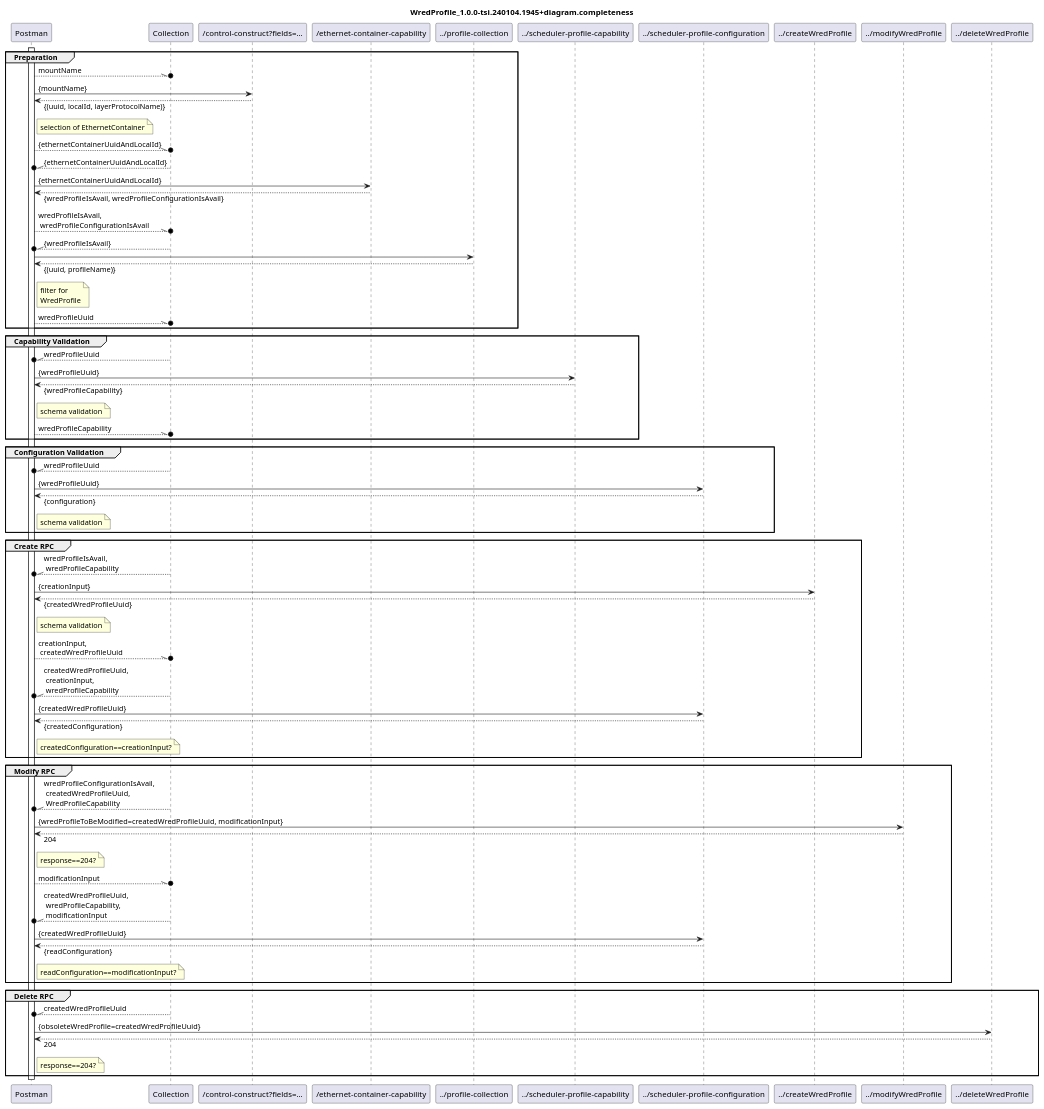
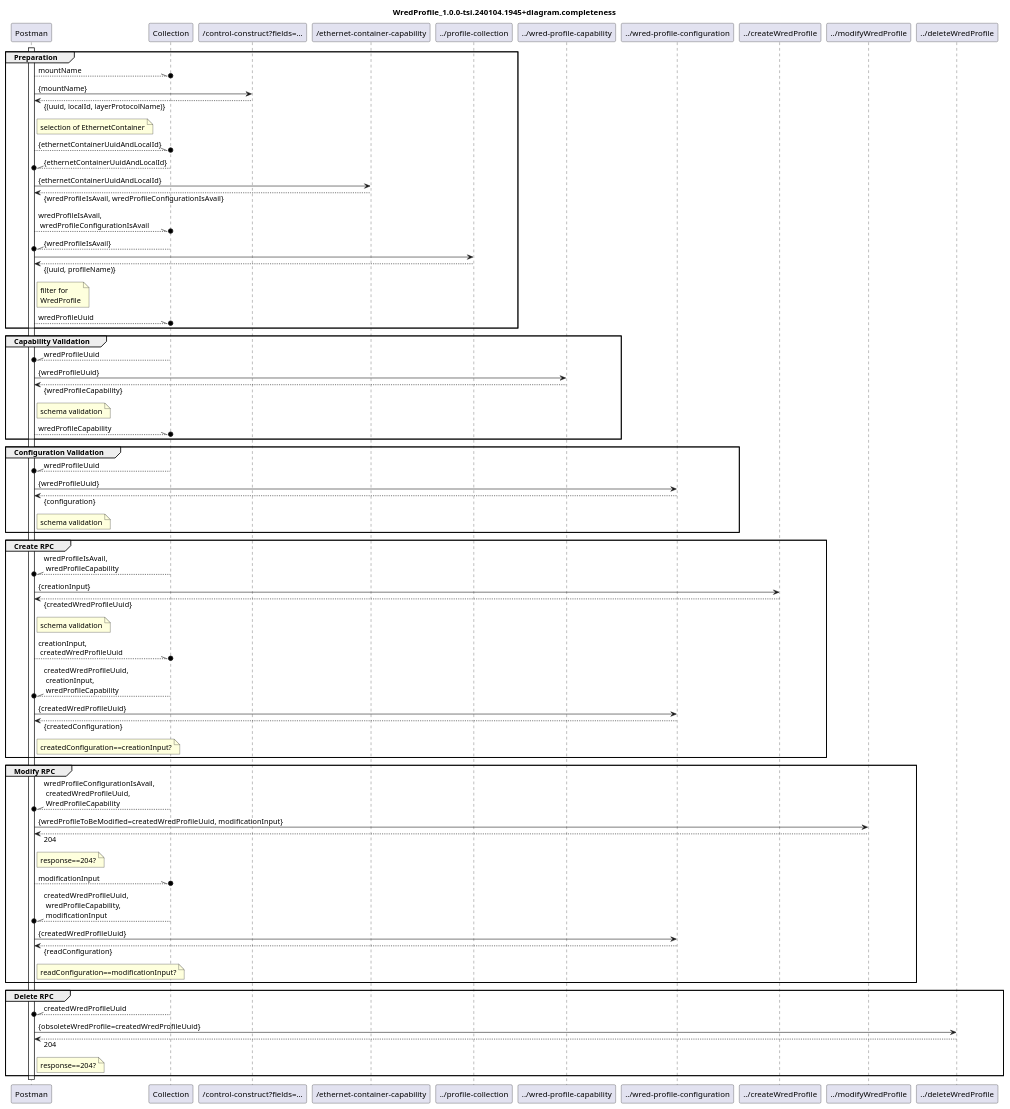
Before and after one commit to openBackhaul/wredProfile: the diagram in WredProfile_1.0.0-tsi.240104.1945+vali/Completeness/WredProfile_1.0.0-tsi.240104.1945+diagram.completeness.plantuml, drawn with PlantUML. The commit also changed 4 other files, not shown here.

```diff
--- a/WredProfile_1.0.0-tsi.240104.1945+vali/Completeness/WredProfile_1.0.0-tsi.240104.1945+diagram.completeness.plantuml
+++ b/WredProfile_1.0.0-tsi.240104.1945+vali/Completeness/WredProfile_1.0.0-tsi.240104.1945+diagram.completeness.plantuml
@@ -1,108 +1,108 @@
 @startuml WredProfile_1.0.0-tsi.240104.1945+diagram.completeness
 skinparam responseMessageBelowArrow true
 
 title
 WredProfile_1.0.0-tsi.240104.1945+diagram.completeness
 end title
 
 participant "Postman" as Postman
 participant "Collection" as Collection
 participant "/control-construct?fields=..." as ListOfLTPUuidAndLidPairsAndNames
 participant "/ethernet-container-capability" as EthernetContainerCapability
 participant "../profile-collection" as ProfileCollection
-participant "../scheduler-profile-capability" as Capability
-participant "../scheduler-profile-configuration" as Configuration
+participant "../wred-profile-capability" as Capability
+participant "../wred-profile-configuration" as Configuration
 participant "../createWredProfile" as CreateRpc
 participant "../modifyWredProfile" as ModifyRpc
 participant "../deleteWredProfile" as DeleteRpc
 
 activate Postman
 
 group Preparation
   Postman --\\o Collection : mountName
 
   Postman -> ListOfLTPUuidAndLidPairsAndNames : {mountName}
   Postman <-- ListOfLTPUuidAndLidPairsAndNames : {(uuid, localId, layerProtocolName)}
   note right Postman
     selection of EthernetContainer
   end note
   Postman --\\o Collection : {ethernetContainerUuidAndLocalId}
 
   Collection --\\o Postman : {ethernetContainerUuidAndLocalId}
   Postman -> EthernetContainerCapability : {ethernetContainerUuidAndLocalId}
   Postman <-- EthernetContainerCapability : {wredProfileIsAvail, wredProfileConfigurationIsAvail}
   Postman --\\o Collection : wredProfileIsAvail,\n wredProfileConfigurationIsAvail
 
   Collection --\\o Postman : {wredProfileIsAvail}
   Postman -> ProfileCollection
   Postman <-- ProfileCollection : {(uuid, profileName)}
   note right Postman
     filter for
     WredProfile
   end note
   Postman --\\o Collection : wredProfileUuid
 end
 
 group Capability Validation
   Collection --\\o Postman : wredProfileUuid
   Postman -> Capability : {wredProfileUuid}
   Postman <-- Capability : {wredProfileCapability}
   note right Postman
     schema validation
   end note
   Postman --\\o Collection : wredProfileCapability
 end
 
 group Configuration Validation
   Collection --\\o Postman : wredProfileUuid
   Postman -> Configuration : {wredProfileUuid}
   Postman <-- Configuration : {configuration}
   note right Postman
     schema validation
   end note
 end
 
 group Create RPC
   Collection --\\o Postman : wredProfileIsAvail,\n wredProfileCapability
   Postman -> CreateRpc : {creationInput}
   Postman <-- CreateRpc : {createdWredProfileUuid}
   note right Postman
     schema validation
   end note
   Postman --\\o Collection : creationInput,\n createdWredProfileUuid
   Collection --\\o Postman : createdWredProfileUuid,\n creationInput,\n wredProfileCapability
   Postman -> Configuration : {createdWredProfileUuid}
   Postman <-- Configuration : {createdConfiguration}
   note right Postman
     createdConfiguration==creationInput?
   end note
 end
 
 group Modify RPC
   Collection --\\o Postman : wredProfileConfigurationIsAvail,\n createdWredProfileUuid,\n WredProfileCapability
   Postman -> ModifyRpc : {wredProfileToBeModified=createdWredProfileUuid, modificationInput}
   Postman <-- ModifyRpc : 204
   note right Postman
     response==204?
   end note
   Postman --\\o Collection : modificationInput
   Collection --\\o Postman : createdWredProfileUuid,\n wredProfileCapability,\n modificationInput
   Postman -> Configuration : {createdWredProfileUuid}
   Postman <-- Configuration : {readConfiguration}
   note right Postman
     readConfiguration==modificationInput?
   end note
 end
 
 group Delete RPC
   Collection --\\o Postman : createdWredProfileUuid
   Postman -> DeleteRpc : {obsoleteWredProfile=createdWredProfileUuid}
   Postman <-- DeleteRpc : 204
   note right Postman
     response==204?
   end note
 end
 
 deactivate Postman
 
 @enduml
```
